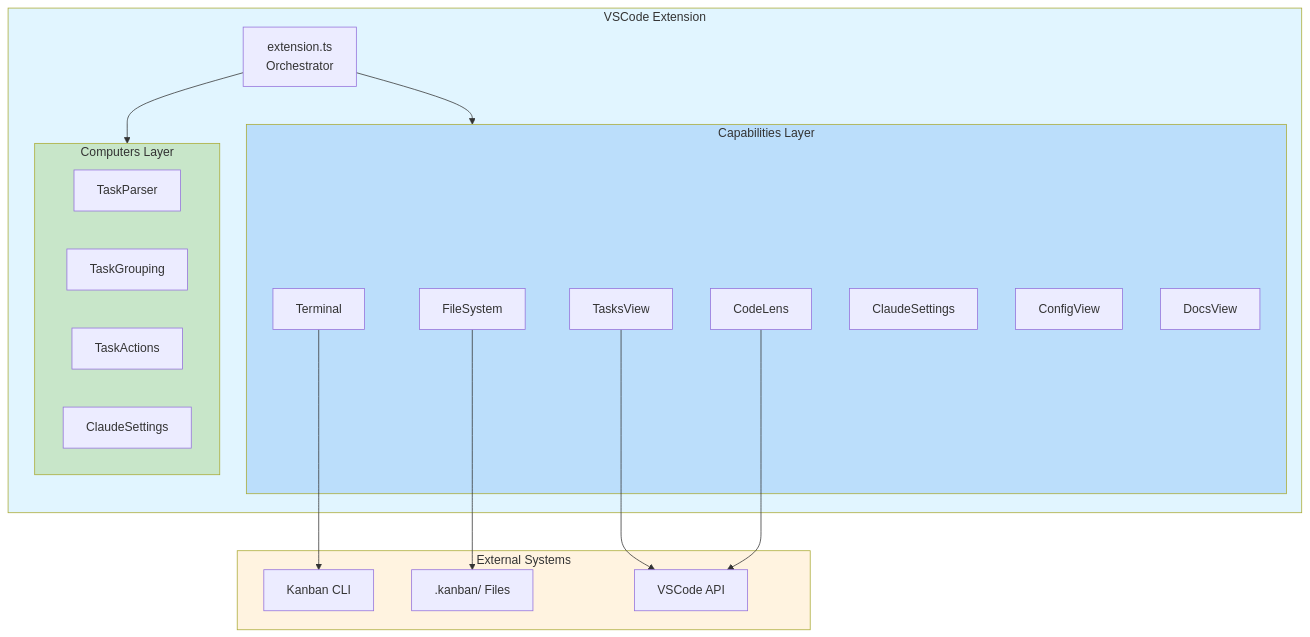
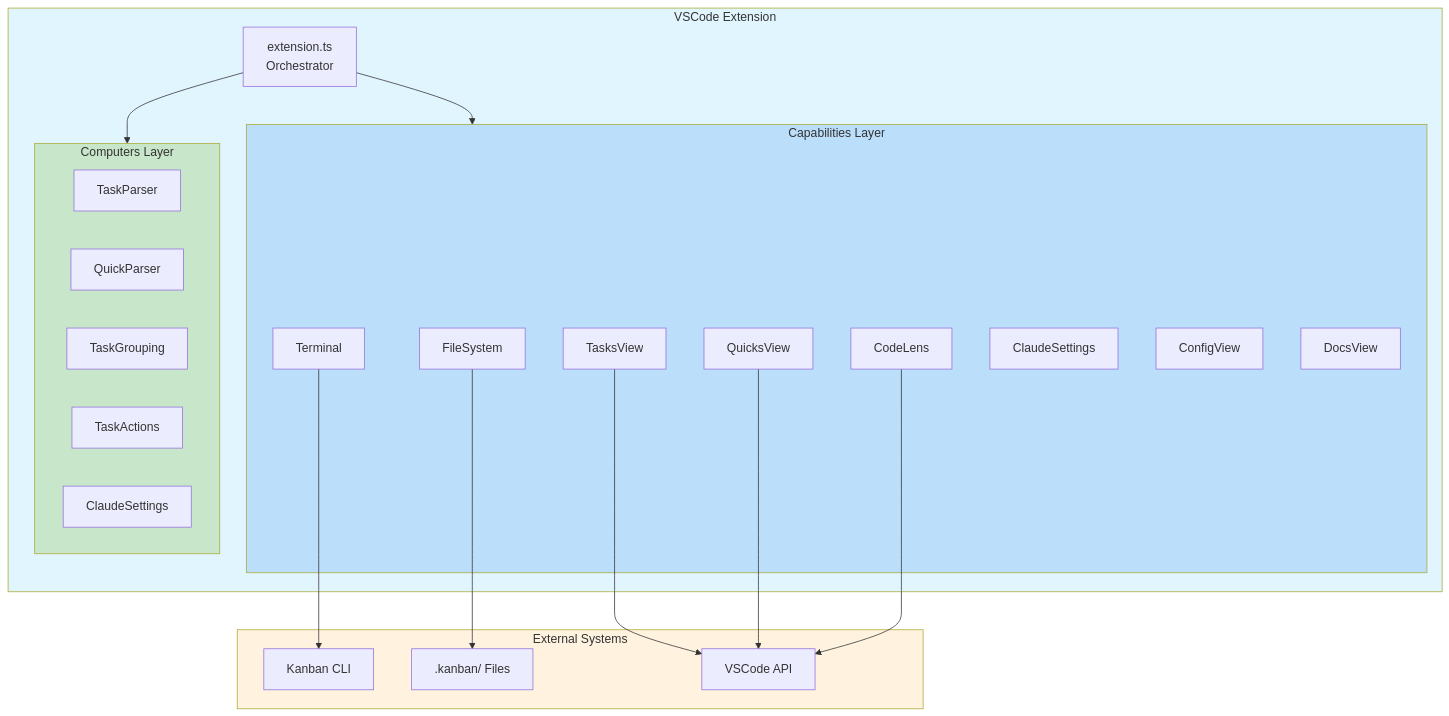
Before and after one commit to mattfletcher94/festinalente: the first of 2 diagrams in .kanban/engineering/systems/vscode-extension/_index.md, drawn with Mermaid. The commit also changed other lines of this file and 2 other files, not shown here.

Commit message:
docs(019): product+engineering - add QUICKS section documentation

````diff
--- a/.kanban/engineering/systems/vscode-extension/_index.md
+++ b/.kanban/engineering/systems/vscode-extension/_index.md
@@ -172,41 +198,44 @@
 ```mermaid
 graph TB
     subgraph Extension["VSCode Extension"]
         Orch["extension.ts<br/>Orchestrator"]
 
         subgraph Capabilities["Capabilities Layer"]
             FS["FileSystem"]
             TV["TasksView"]
+            QV["QuicksView"]
             Term["Terminal"]
             CL["CodeLens"]
             CS["ClaudeSettings"]
             CV["ConfigView"]
             DV["DocsView"]
         end
 
         subgraph Computers["Computers Layer"]
             TP["TaskParser"]
+            QP["QuickParser"]
             TG["TaskGrouping"]
             TA["TaskActions"]
             CSC["ClaudeSettings"]
         end
     end
 
     subgraph External["External Systems"]
         CLI["Kanban CLI"]
         Files[".kanban/ Files"]
         VSCodeAPI["VSCode API"]
     end
 
     Orch --> Capabilities
     Orch --> Computers
     FS --> Files
     TV --> VSCodeAPI
+    QV --> VSCodeAPI
     Term --> CLI
     CL --> VSCodeAPI
 
     style Extension fill:#e1f5ff
     style Capabilities fill:#bbdefb
     style Computers fill:#c8e6c9
     style External fill:#fff3e0
 ```
````
